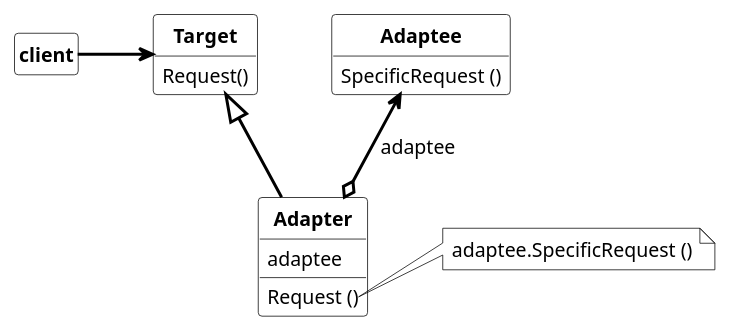
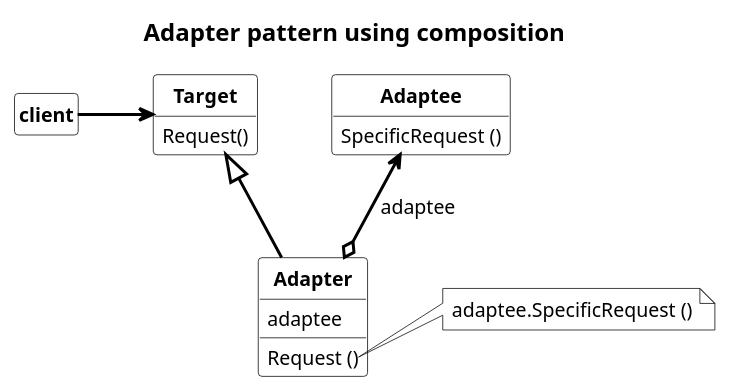
The second of 2 diagrams in structural_pattern/adapter/adapter.md (dst80/design-patterns), drawn with PlantUML before and after one commit. The commit also changed other lines of this file, not shown here.

Commit message:
update adapter md file

````diff
--- a/structural_pattern/adapter/adapter.md
+++ b/structural_pattern/adapter/adapter.md
@@ -71,49 +63,55 @@
 ```plantuml
 @startuml adapter_by_composition
+
 skinparam ranksep 50
 skinparam nodesep 50
+skinparam Title {
+  FontSize 16
+  FontStyle bold
+}
 skinparam class {
   FontSize 13
   AttributeFontSize 13
   FontStyle bold
   BackgroundColor transparent
   BorderColor black
 }
 skinparam arrow {
   Color black
   FontColor black
   Thickness 2
 }
 skinparam note {
   BackgroundColor transparent
   BorderColor black
 }
 hide circle
 hide fields
 
+Title Adapter pattern using composition
 
 class client
 hide client members
 
 class Target {
     Request()
 }
 
 class Adapter extends Target {
     Request ()
     adaptee
 }
 show Adapter fields
 
 note right of Adapter::Request
     adaptee.SpecificRequest ()
 end note
 
 class Adaptee {
     SpecificRequest ()
 }
 
 client -r--> Target
 Adaptee <--o Adapter : adaptee
 @enduml
 ```
````
